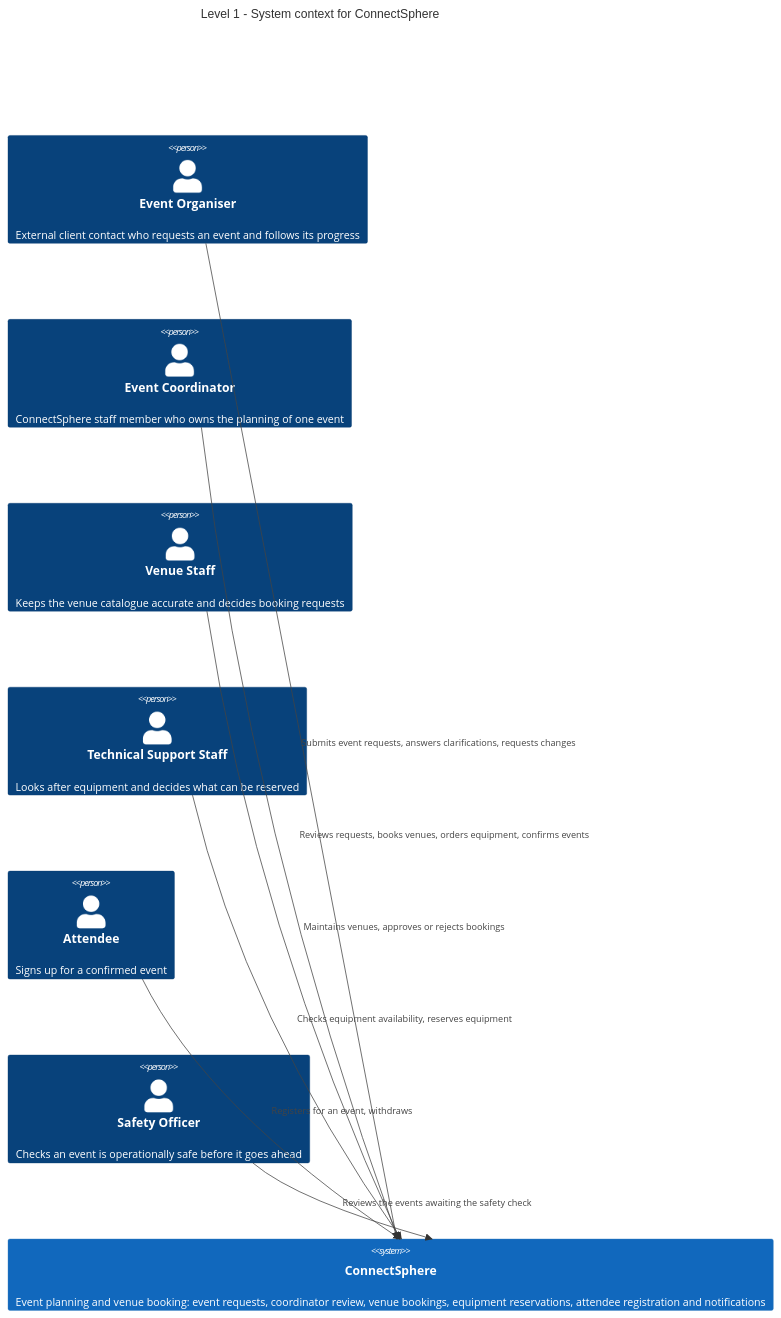
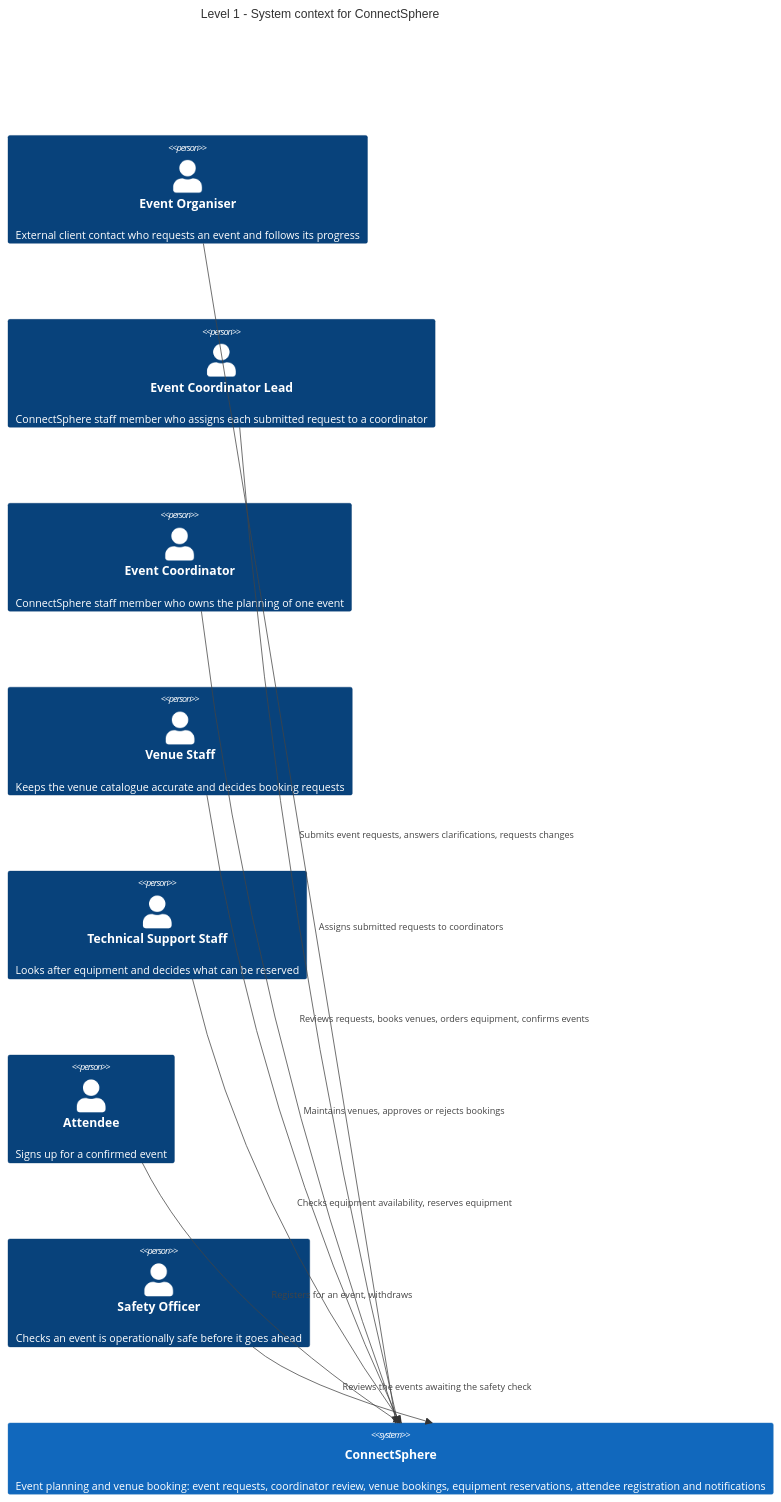
Before and after one commit to mecmk/SPM-G5: the first of 7 diagrams in docs/C4_MODEL.md, drawn with Mermaid. The commit also changed other lines of this file and 40 other files, not shown here.

First line of the commit message:
feat: unassigned event queue and lead assignment (s5.4) (#107)

````diff
--- a/docs/C4_MODEL.md
+++ b/docs/C4_MODEL.md
@@ -27,22 +27,24 @@
 ```mermaid
 C4Context
     title Level 1 - System context for ConnectSphere
 
     Person(organiser, "Event Organiser", "External client contact who requests an event and follows its progress")
+    Person(lead, "Event Coordinator Lead", "ConnectSphere staff member who assigns each submitted request to a coordinator")
     Person(coordinator, "Event Coordinator", "ConnectSphere staff member who owns the planning of one event")
     Person(venueStaff, "Venue Staff", "Keeps the venue catalogue accurate and decides booking requests")
     Person(techStaff, "Technical Support Staff", "Looks after equipment and decides what can be reserved")
     Person(attendee, "Attendee", "Signs up for a confirmed event")
     Person(safetyOfficer, "Safety Officer", "Checks an event is operationally safe before it goes ahead")
 
     System(connectsphere, "ConnectSphere", "Event planning and venue booking: event requests, coordinator review, venue bookings, equipment reservations, attendee registration and notifications")
 
     Rel(organiser, connectsphere, "Submits event requests, answers clarifications, requests changes")
+    Rel(lead, connectsphere, "Assigns submitted requests to coordinators")
     Rel(coordinator, connectsphere, "Reviews requests, books venues, orders equipment, confirms events")
     Rel(venueStaff, connectsphere, "Maintains venues, approves or rejects bookings")
     Rel(techStaff, connectsphere, "Checks equipment availability, reserves equipment")
     Rel(attendee, connectsphere, "Registers for an event, withdraws")
     Rel(safetyOfficer, connectsphere, "Reviews the events awaiting the safety check")
 
     UpdateLayoutConfig($c4ShapeInRow="3", $c4BoundaryInRow="1")
 ```
````
